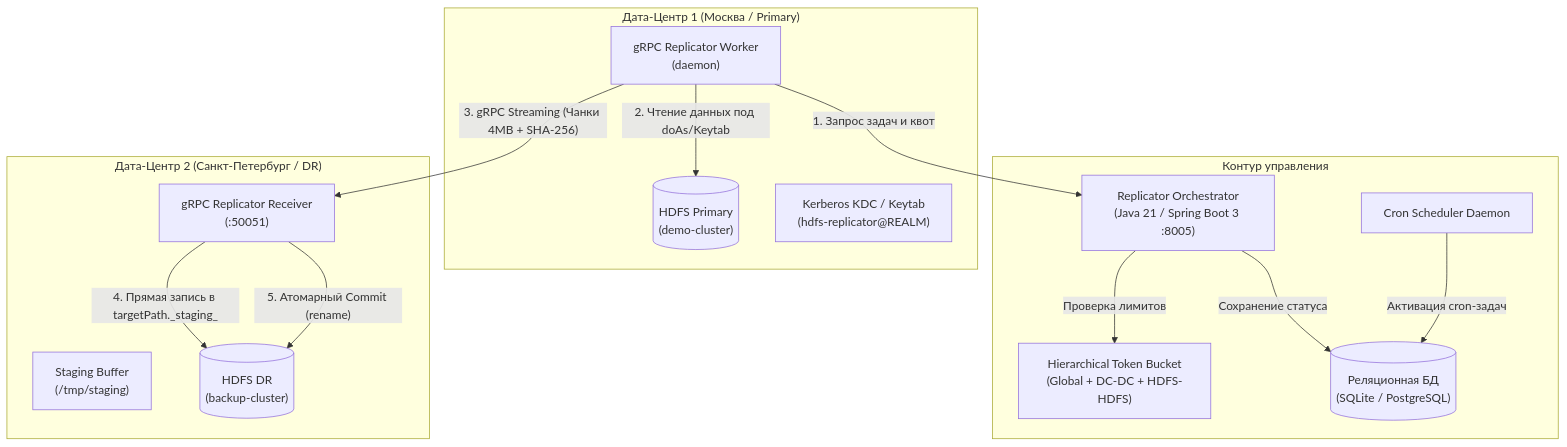
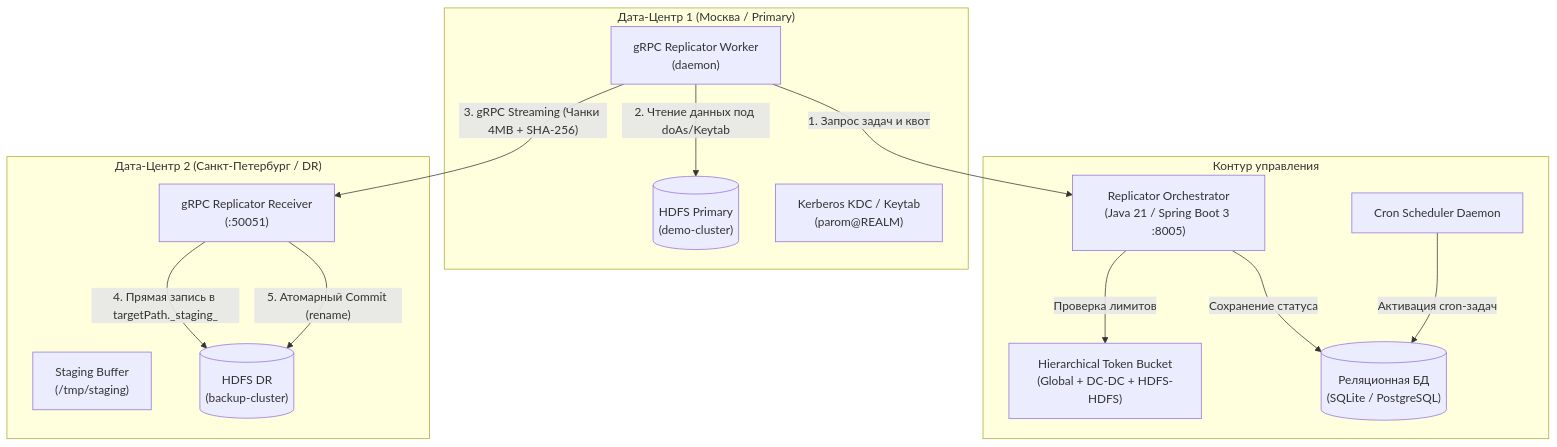
The diagram in docs/replicator-user-guide.md (balookrd/hadoop-explorer), drawn with Mermaid before and after one commit. The commit also changed other lines of this file and 137 other files, not shown here.

Commit message:
refactor!: rename Replicator contracts, stands and metrics to Parom

````diff
--- a/docs/replicator-user-guide.md
+++ b/docs/replicator-user-guide.md
@@ -60,31 +60,31 @@
 ```mermaid
 flowchart TD
     subgraph DC1["Дата-Центр 1 (Москва / Primary)"]
         HDFS1[("HDFS Primary\n(demo-cluster)")]
         Worker["gRPC Replicator Worker\n(daemon)"]
-        Krb1["Kerberos KDC / Keytab\n(hdfs-replicator@REALM)"]
+        Krb1["Kerberos KDC / Keytab\n(parom@REALM)"]
     end
 
     subgraph DC_MGMT["Контур управления"]
         Orchestrator["Replicator Orchestrator\n(Java 21 / Spring Boot 3 :8005)"]
         TB["Hierarchical Token Bucket\n(Global + DC-DC + HDFS-HDFS)"]
         DB[("Реляционная БД\n(SQLite / PostgreSQL)")]
         Sched["Cron Scheduler Daemon"]
     end
 
     subgraph DC2["Дата-Центр 2 (Санкт-Петербург / DR)"]
         Receiver["gRPC Replicator Receiver\n(:50051)"]
         Staging["Staging Buffer\n(/tmp/staging)"]
         HDFS2[("HDFS DR\n(backup-cluster)")]
     end
 
     Worker -->|"1. Запрос задач и квот"| Orchestrator
     Orchestrator -->|"Проверка лимитов"| TB
     Orchestrator -->|"Сохранение статуса"| DB
     Sched -->|"Активация cron-задач"| DB
 
     Worker -->|"2. Чтение данных под doAs/Keytab"| HDFS1
     Worker -->|"3. gRPC Streaming (Чанки 4MB + SHA-256)"| Receiver
     Receiver -->|"4. Прямая запись в targetPath._staging_<jobId>"| HDFS2
     Receiver -->|"5. Атомарный Commit (rename)"| HDFS2
 ```
````
